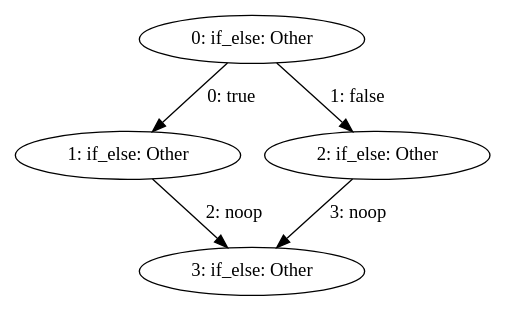
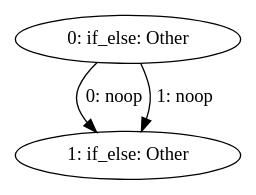
Before and after one commit to mohe2015/zero-cost-templating: the diagram in zero-cost-templating/if_else.dot, drawn with Graphviz. The commit also changed 3 other files, not shown here.

```diff
--- a/zero-cost-templating/if_else.dot
+++ b/zero-cost-templating/if_else.dot
@@ -1,10 +1,6 @@
 digraph {
     0 [ label = "0: if_else: Other" ]
     1 [ label = "1: if_else: Other" ]
-    2 [ label = "2: if_else: Other" ]
-    3 [ label = "3: if_else: Other" ]
-    0 -> 1 [ label = "0: true" ]
-    0 -> 2 [ label = "1: false" ]
-    1 -> 3 [ label = "2: noop" ]
-    2 -> 3 [ label = "3: noop" ]
+    0 -> 1 [ label = "0: noop" ]
+    0 -> 1 [ label = "1: noop" ]
 }
```
